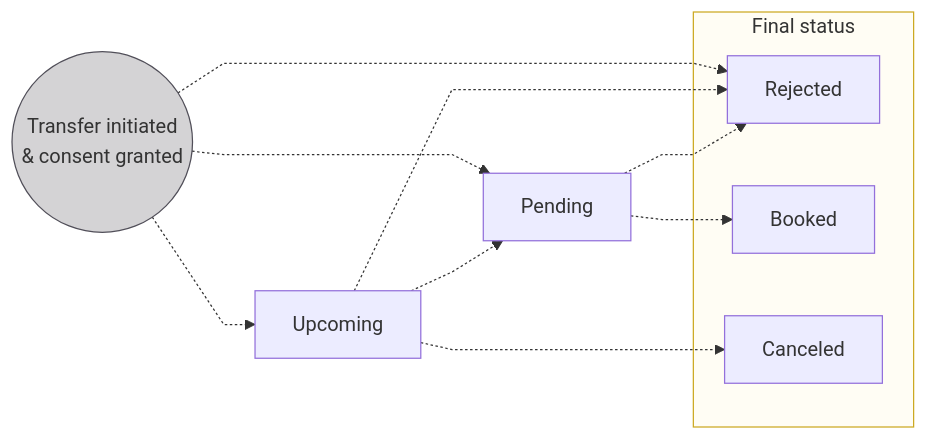
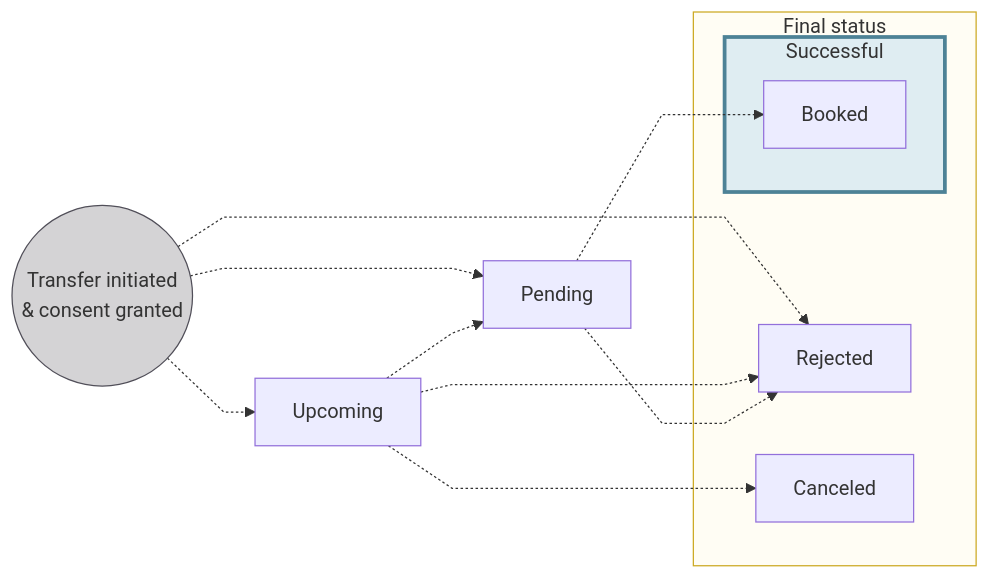
Before and after one commit to swan-io/docs: the diagram in docs/topics/payments/credit-transfers/index.mdx, drawn with Mermaid. The commit also changed 4 other files, not shown here.

````diff
--- a/docs/topics/payments/credit-transfers/index.mdx
+++ b/docs/topics/payments/credit-transfers/index.mdx
@@ -23,19 +23,23 @@
 ```mermaid
 %%{ init: { 'flowchart': { 'curve': 'linear' } } }%%
 flowchart LR
     TI((Transfer initiated<br/>& consent granted)) -.-> R[Rejected]
     TI -.-> P[Pending]
     TI -.-> U[Upcoming]
     U -.-> R[Rejected]
     U -.-> P
     P -.-> B[Booked]
     U -.-> CD[Canceled]
     P -.-> R
+    subgraph S[Successful]
+        B
+    end
     subgraph F[Final status]
         CD
-        B
+        S
         R
     end
     style TI fill:#D4D3D5,stroke:#514F59
     style F fill:#fffdf4,stroke:#cca922
+    style S fill:#dfedf2,stroke:#4d8296,stroke-width:3px
 ```
````
